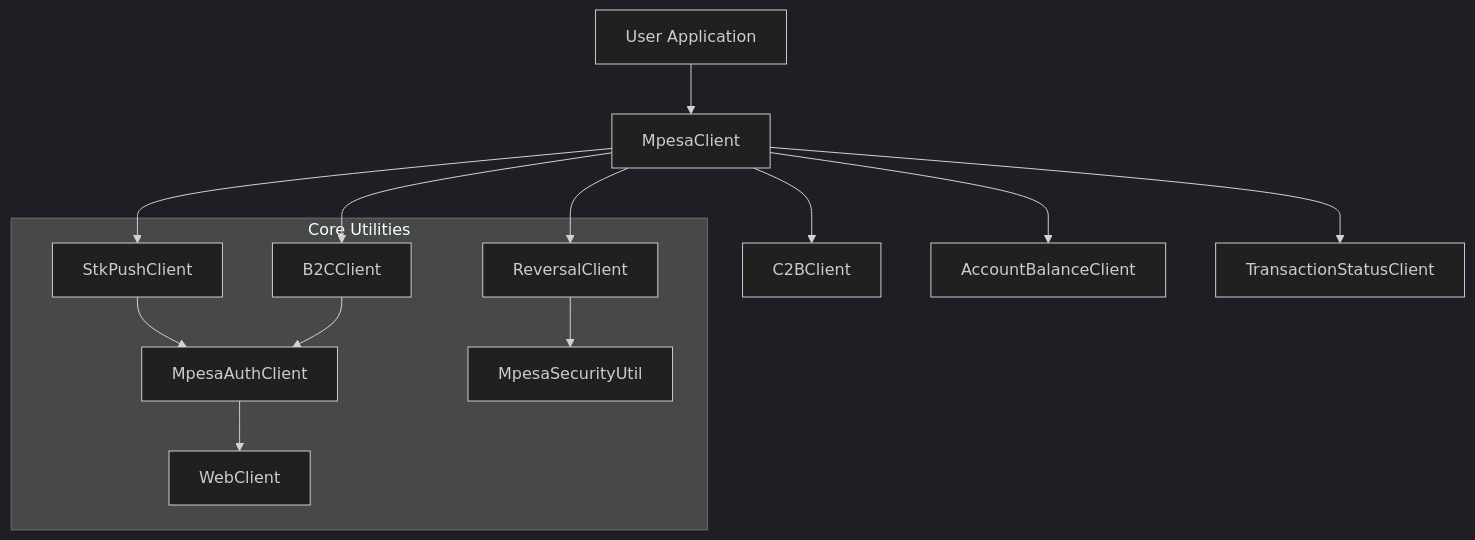
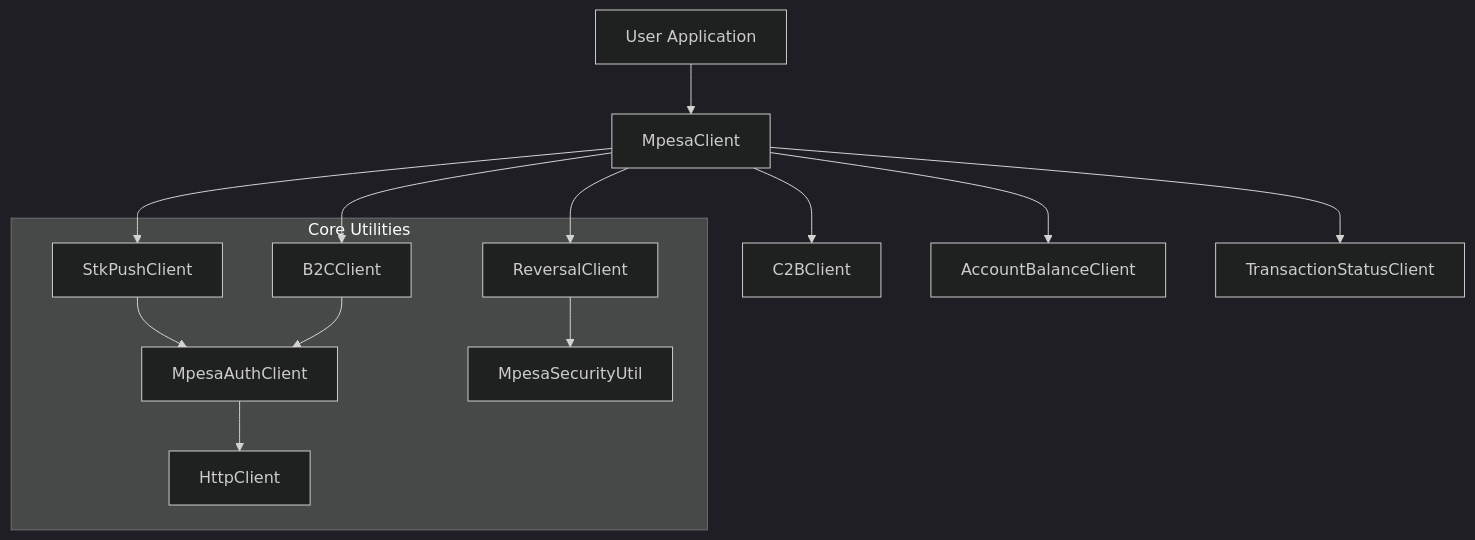
One commit to TheAlchemistNerd/mpesa-sdk-java changed the diagram in docs/architecture.md. Above: the diagram before and after it, drawn with Mermaid (dark theme). The commit also changed other lines of this file and 5 other files, not shown here.

````diff
--- a/docs/architecture.md
+++ b/docs/architecture.md
@@ -18,17 +18,17 @@
 ```mermaid
 graph TD
     UserCode[User Application] --> MpesaClient
     MpesaClient --> StkPushClient
     MpesaClient --> B2CClient
     MpesaClient --> C2BClient
     MpesaClient --> AccountBalanceClient
     MpesaClient --> TransactionStatusClient
     MpesaClient --> ReversalClient
     
     subgraph Core Utilities
     StkPushClient --> MpesaAuthClient
     B2CClient --> MpesaAuthClient
     ReversalClient --> MpesaSecurityUtil
-    MpesaAuthClient --> WebClient
+    MpesaAuthClient --> HttpClient
     end
 ```
````
